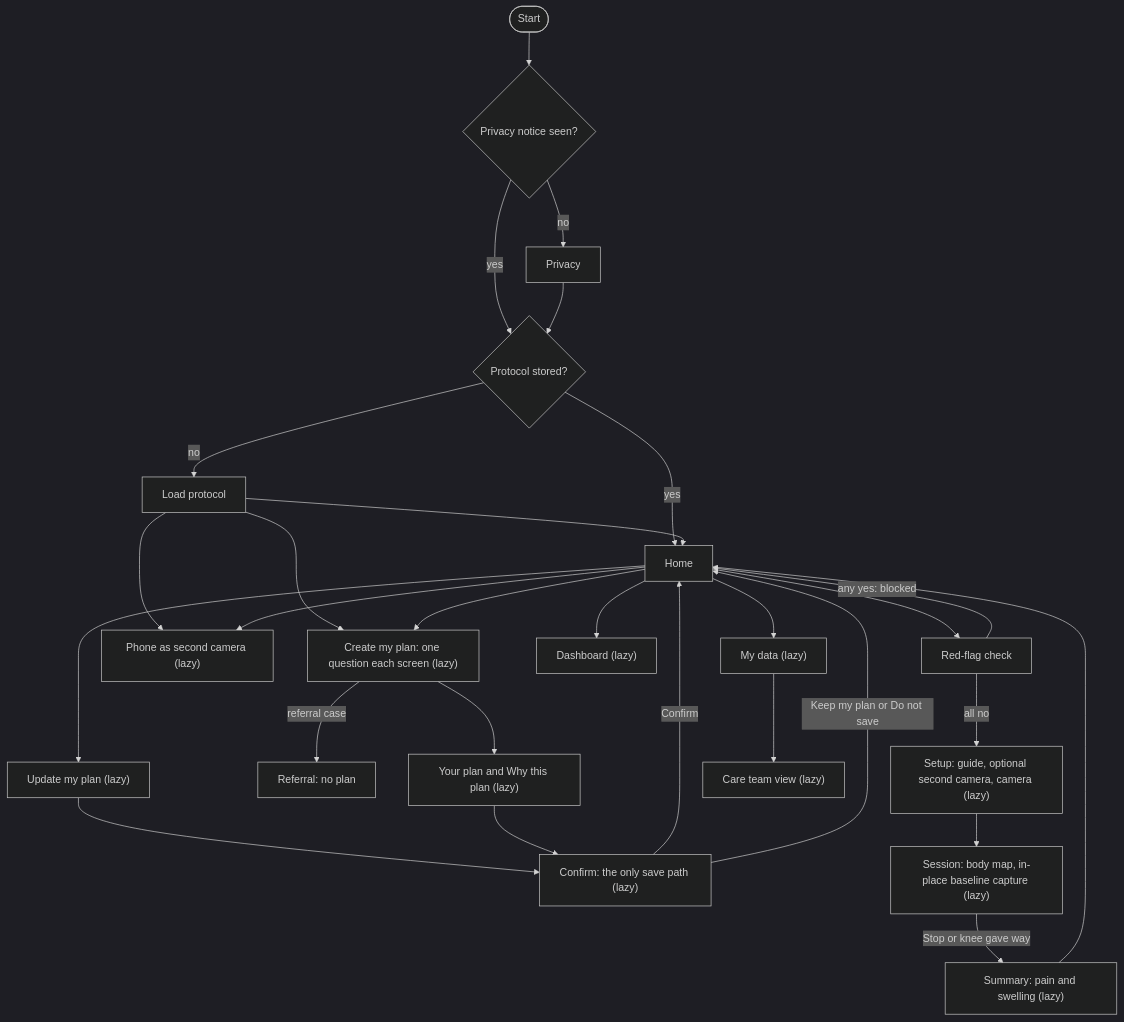
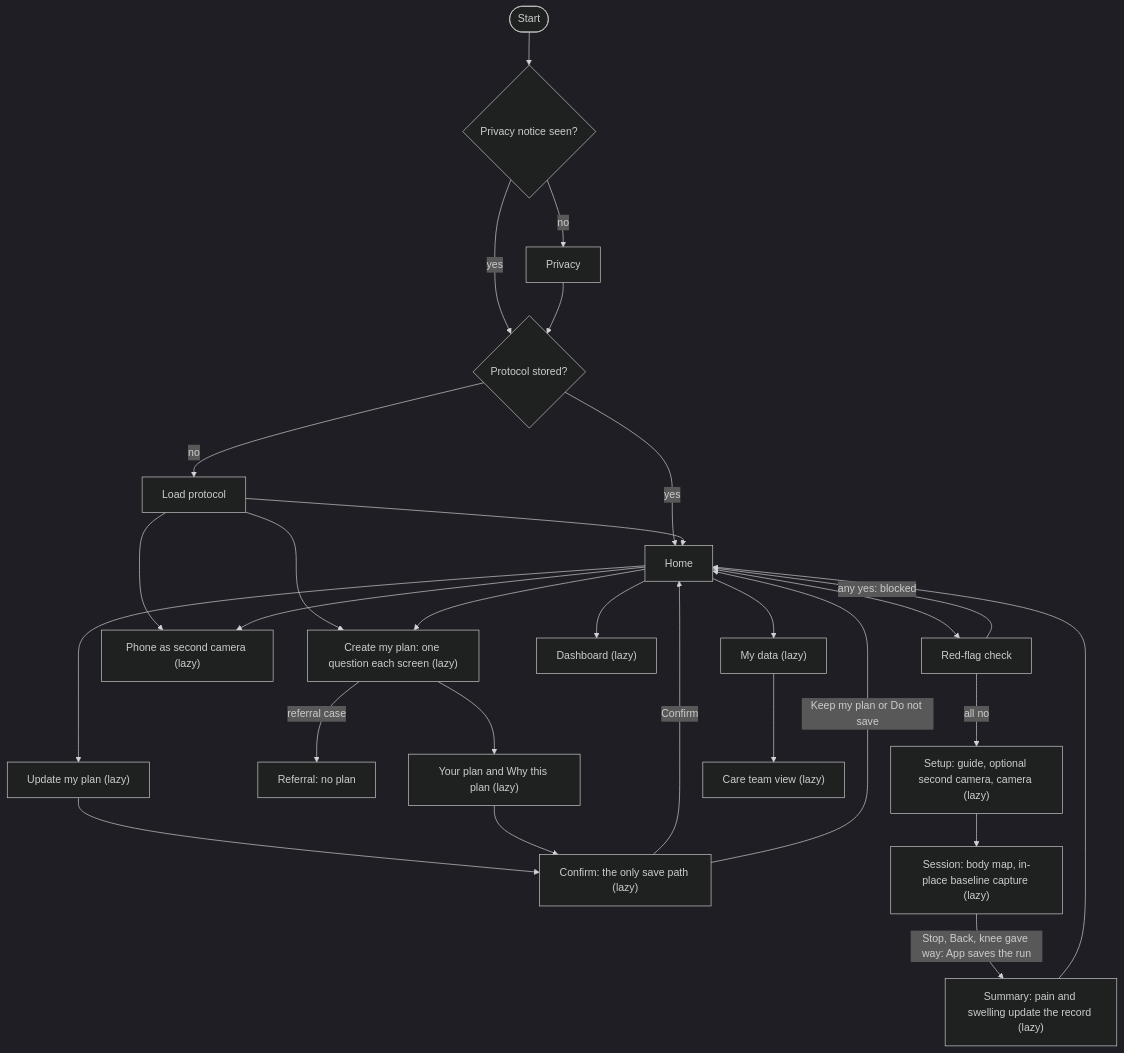
One commit to LuisCarlosOliveira/mpfl-rehab-app changed the second of 2 diagrams in docs/architecture.md. Above: the diagram before and after it, drawn with Mermaid (dark theme). The commit also changed other lines of this file and 42 other files, not shown here.

Commit message:
Leg raise camera count, body map in the Session, one save for every run, reload of a failed screen, technique sources and generator v2 design

````diff
--- a/docs/architecture.md
+++ b/docs/architecture.md
@@ -54,30 +54,30 @@
 ```mermaid
 flowchart TD
   start(["Start"]) --> seen{"Privacy notice seen?"}
   seen -->|"no"| privacy["Privacy"]
   seen -->|"yes"| hasp{"Protocol stored?"}
   privacy --> hasp
   hasp -->|"no"| load["Load protocol"]
   hasp -->|"yes"| home["Home"]
   load --> home
   load --> onb["Create my plan: one question each screen (lazy)"]
   load --> comp["Phone as second camera (lazy)"]
   home --> comp
   home --> onb
   home --> upd["Update my plan (lazy)"]
   onb -->|"referral case"| ref["Referral: no plan"]
   onb --> plan["Your plan and Why this plan (lazy)"]
   upd --> conf
   plan --> conf["Confirm: the only save path (lazy)"]
   conf -->|"Confirm"| home
   conf -->|"Keep my plan or Do not save"| home
   home --> redflag["Red-flag check"]
   redflag -->|"any yes: blocked"| home
   redflag -->|"all no"| setup["Setup: guide, optional second camera, camera (lazy)"]
   setup --> session["Session: body map, in-place baseline capture (lazy)"]
-  session -->|"Stop or knee gave way"| summary["Summary: pain and swelling (lazy)"]
+  session -->|"Stop, Back, knee gave way: App saves the run"| summary["Summary: pain and swelling update the record (lazy)"]
   summary --> home
   home --> dashboard["Dashboard (lazy)"]
   home --> data["My data (lazy)"]
   data --> clinician["Care team view (lazy)"]
 ```
````
